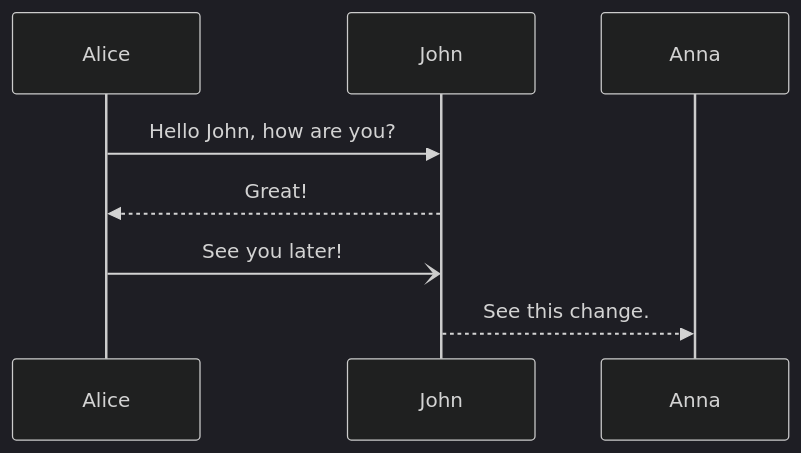
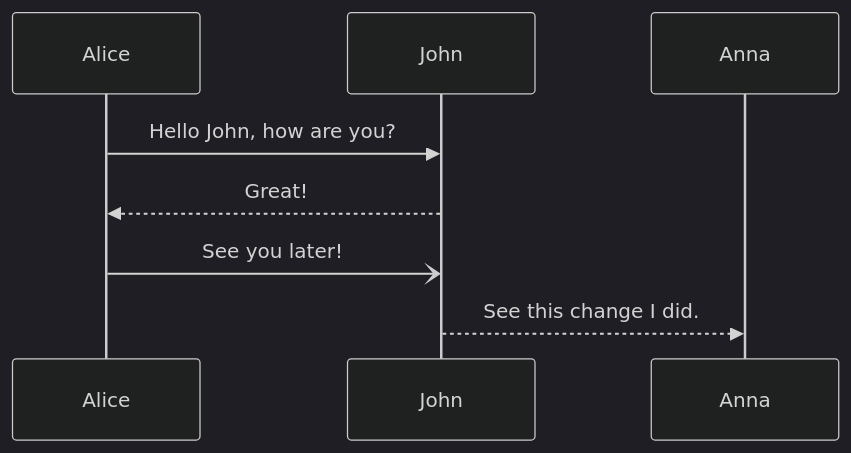
The diagram in teste.md (joaoarmenio/GQS-2023-2), drawn with Mermaid (dark theme) before and after one commit.

````diff
--- a/teste.md
+++ b/teste.md
@@ -5,7 +5,7 @@
 ```mermaid
 sequenceDiagram
     Alice->>John: Hello John, how are you?
     John-->>Alice: Great!
     Alice-)John: See you later!
-    John-->>Anna: See this change.
+    John-->>Anna: See this change I did.
 ```
````
